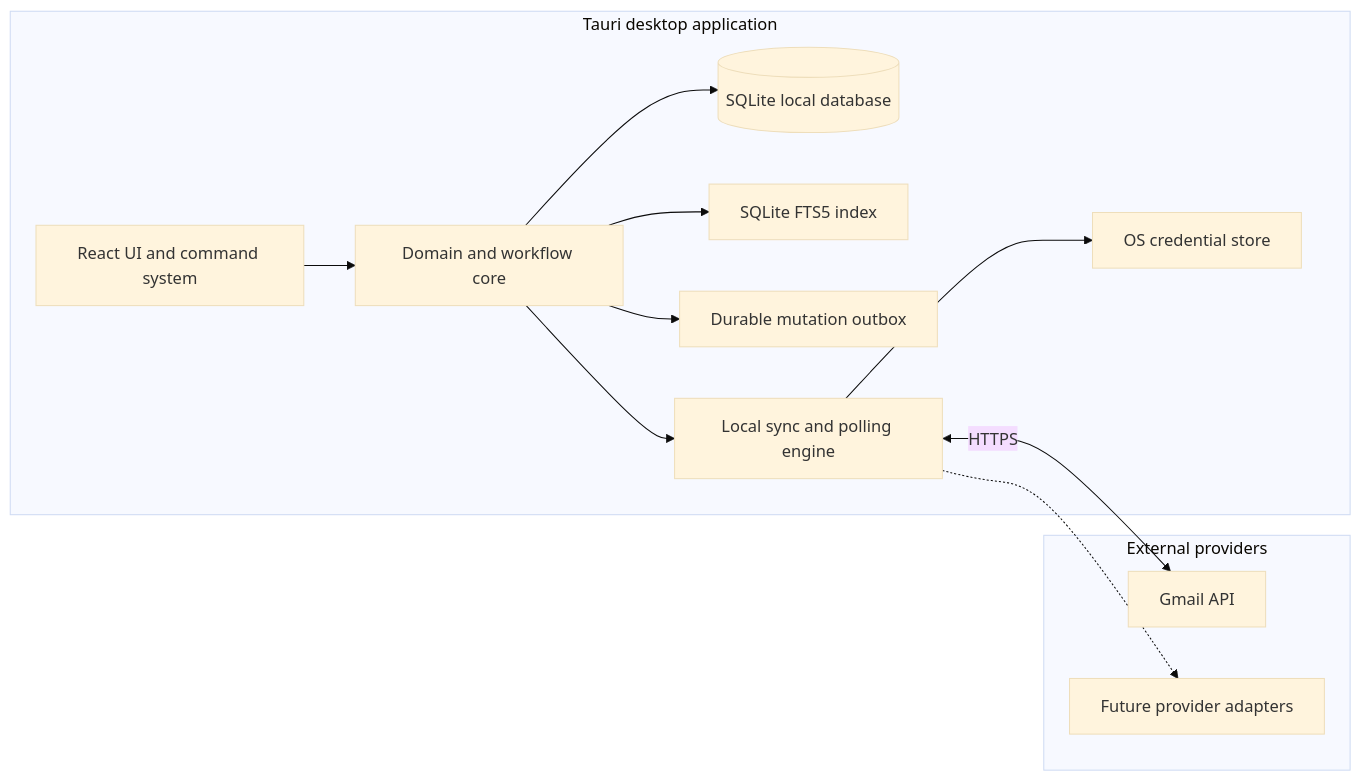
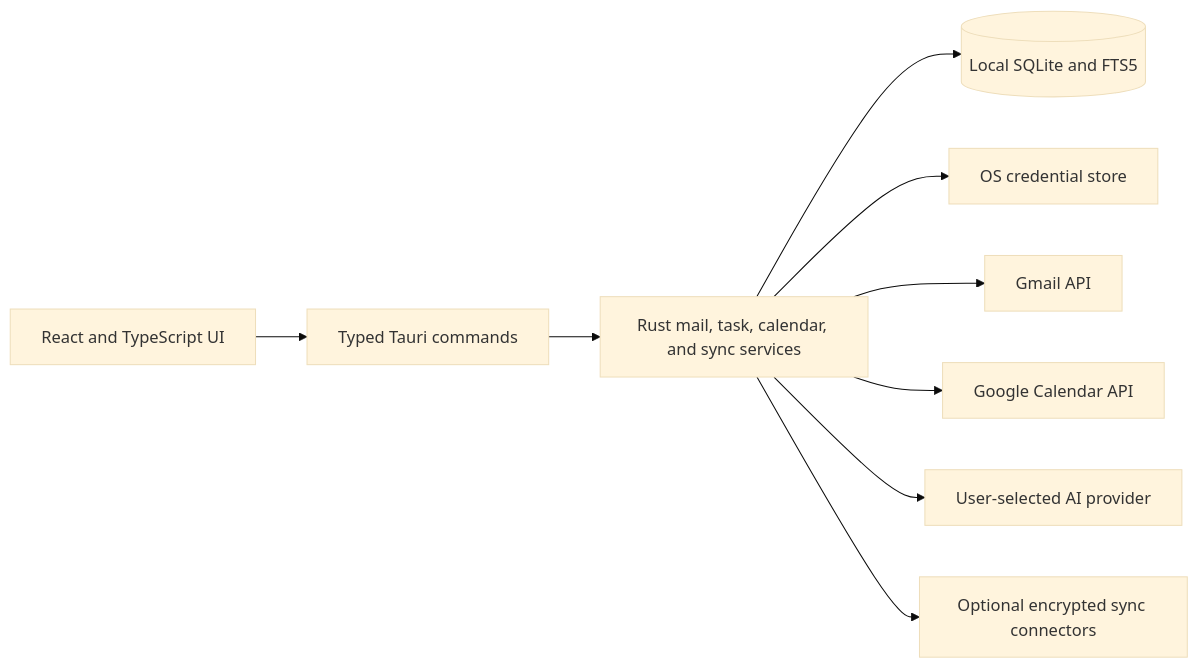
One commit to oa-labs/ThreeStrands changed the diagram in PLAN.MD. Above: the diagram before and after it, drawn with Mermaid (base theme). The commit also changed other lines of this file, not shown here.

Commit message:
chore: update product plan to reflect current status and roadmap; revise feature set and architectural decisions

````diff
--- a/PLAN.MD
+++ b/PLAN.MD
@@ -159,26 +135,11 @@
 ```mermaid
 flowchart LR
-    subgraph Desktop["Tauri desktop application"]
-        UI["React UI and command system"]
-        Core["Domain and workflow core"]
-        LocalDB[("SQLite local database")]
-        Index["SQLite FTS5 index"]
-        Outbox["Durable mutation outbox"]
-        Poller["Local sync and polling engine"]
-        Keychain["OS credential store"]
-        UI --> Core
-        Core --> LocalDB
-        Core --> Index
-        Core --> Outbox
-        Core --> Poller
-        Poller --> Keychain
-    end
-
-    subgraph Providers["External providers"]
-        Gmail["Gmail API"]
-        Future["Future provider adapters"]
-    end
-
-    Poller <-->|"HTTPS"| Gmail
-    Poller -.-> Future
+    UI[React and TypeScript UI] --> IPC[Typed Tauri commands]
+    IPC --> Core[Rust mail, task, calendar, and sync services]
+    Core --> DB[(Local SQLite and FTS5)]
+    Core --> Vault[OS credential store]
+    Core --> Gmail[Gmail API]
+    Core --> Calendar[Google Calendar API]
+    Core --> AI[User-selected AI provider]
+    Core --> Transport[Optional encrypted sync connectors]
 ```
````
